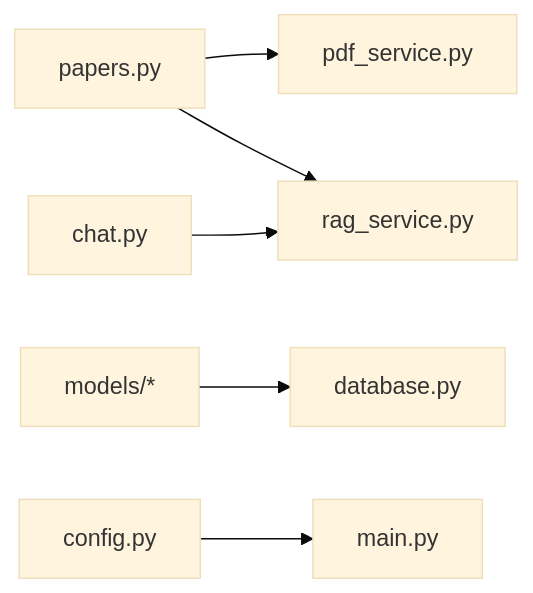
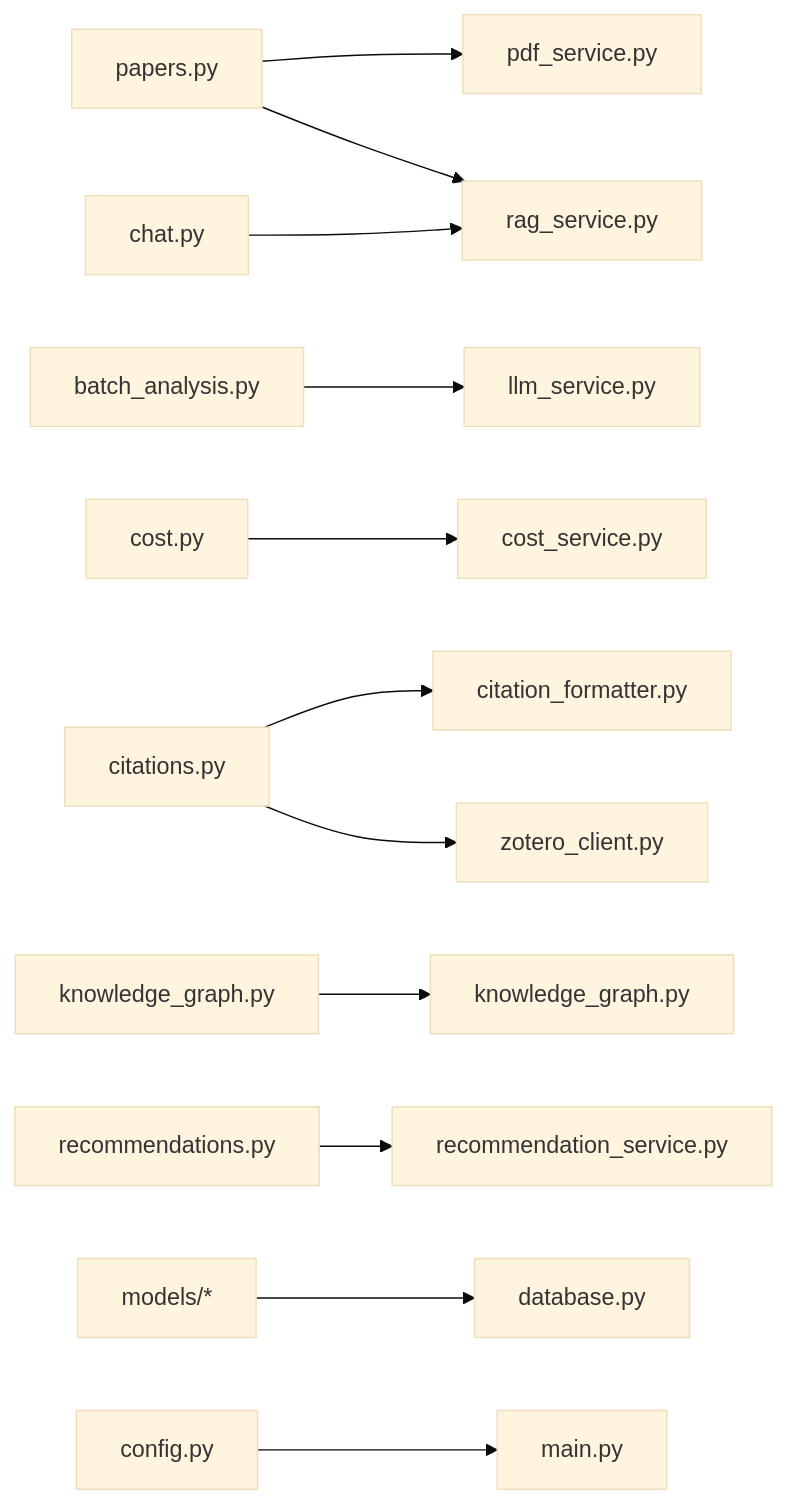
One commit to laohanhahaha/PaperChat changed diagram 13 of 13 in .qoder/repowiki/zh/content/核心功能详解/核心功能详解.md. Above: the diagram before and after it, drawn with Mermaid (base theme). The commit also changed other lines of this file and 59 other files, not shown here.

````diff
--- a/.qoder/repowiki/zh/content/核心功能详解/核心功能详解.md
+++ b/.qoder/repowiki/zh/content/核心功能详解/核心功能详解.md
@@ -338,8 +575,14 @@
 ```mermaid
 graph LR
 Papers["papers.py"] --> PDF["pdf_service.py"]
 Papers --> RAG["rag_service.py"]
 Chat["chat.py"] --> RAG
+Batch["batch_analysis.py"] --> LLM["llm_service.py"]
+Cost["cost.py"] --> CostSvc["cost_service.py"]
+Citations["citations.py"] --> Formatter["citation_formatter.py"]
+Citations --> Zotero["zotero_client.py"]
+KG["knowledge_graph.py"] --> GraphModel["knowledge_graph.py"]
+Rec["recommendations.py"] --> RecSvc["recommendation_service.py"]
 Models["models/*"] --> DB["database.py"]
 Config["config.py"] --> App["main.py"]
 ```
````
